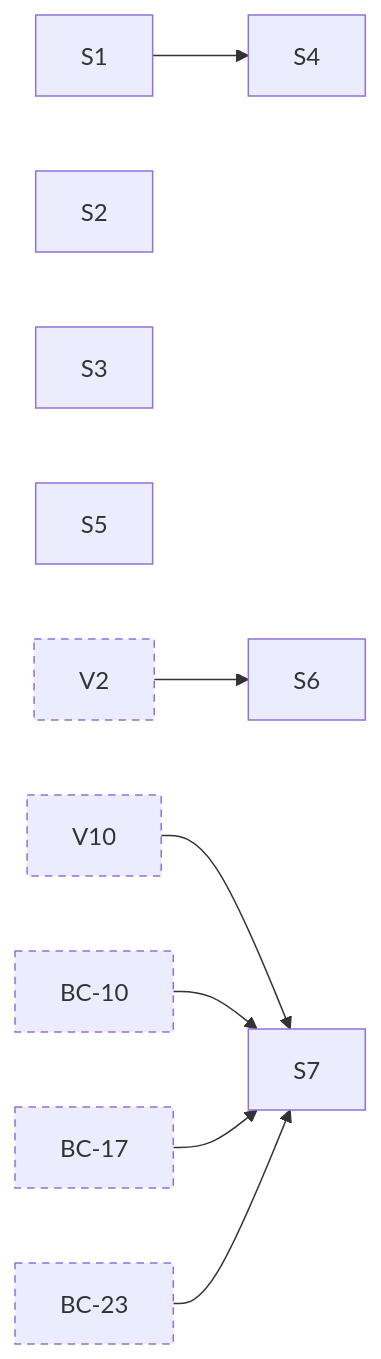
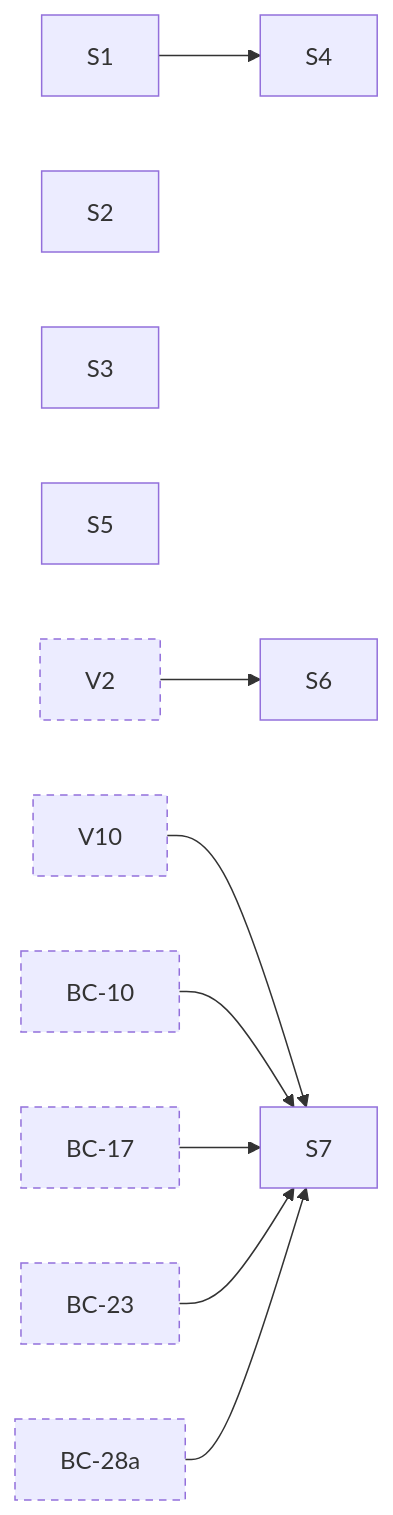
The second of 10 diagrams in docs/superpowers/plans/2026-10-13-phase-2/dependencies.md (jhoblitt/rgw-go), drawn with Mermaid before and after one commit. The commit also changed other lines of this file, not shown here.

First line of the commit message:
docs(plan): regenerate the phase 2 dependency graph for S7's BC-28a prerequisite

````diff
--- a/docs/superpowers/plans/2026-10-13-phase-2/dependencies.md
+++ b/docs/superpowers/plans/2026-10-13-phase-2/dependencies.md
@@ -53,34 +53,37 @@
 ```mermaid
 flowchart LR
   t_S1["S1"]
   t_S2["S2"]
   t_S3["S3"]
   t_S4["S4"]
   t_S5["S5"]
   t_S6["S6"]
   t_S7["S7"]
   t_V2["V2"]:::ext
   t_V10["V10"]:::ext
   t_BC_10["BC-10"]:::ext
   t_BC_17["BC-17"]:::ext
   t_BC_23["BC-23"]:::ext
+  t_BC_28a["BC-28a"]:::ext
   t_S1 --> t_S4
   t_V2 --> t_S6
   t_V10 --> t_S7
   t_BC_10 --> t_S7
   t_BC_17 --> t_S7
   t_BC_23 --> t_S7
+  t_BC_28a --> t_S7
   click t_S1 href "https://github.com/jhoblitt/rgw-go/blob/main/docs/superpowers/plans/2026-10-13-phase-2/00-index.md#task-s1-fakeradoss-rgw-class-as-method-tables" "S1: fakerados's rgw class as method tables"
   click t_S2 href "https://github.com/jhoblitt/rgw-go/blob/main/docs/superpowers/plans/2026-10-13-phase-2/00-index.md#task-s2-route-sets-per-feature-and-the-env-slots" "S2: route sets per feature and the Env slots"
   click t_S3 href "https://github.com/jhoblitt/rgw-go/blob/main/docs/superpowers/plans/2026-10-13-phase-2/00-index.md#task-s3-one-aws-correct-ispublic" "S3: one AWS-correct IsPublic"
   click t_S4 href "https://github.com/jhoblitt/rgw-go/blob/main/docs/superpowers/plans/2026-10-13-phase-2/00-index.md#task-s4-fakerados-refuses-an-unregistered-class-method-at-op-setup" "S4: fakerados refuses an unregistered class method at op setup"
   click t_S5 href "https://github.com/jhoblitt/rgw-go/blob/main/docs/superpowers/plans/2026-10-13-phase-2/00-index.md#task-s5-ignorepublicacls-ignores-swifts-public-container-grants" "S5: IgnorePublicAcls ignores Swift's public container grants"
   click t_S6 href "https://github.com/jhoblitt/rgw-go/blob/main/docs/superpowers/plans/2026-10-13-phase-2/00-index.md#task-s6-one-choose_from" "S6: one choose_from"
   click t_S7 href "https://github.com/jhoblitt/rgw-go/blob/main/docs/superpowers/plans/2026-10-13-phase-2/00-index.md#task-s7-one-schema-scanner-for-s3-xml-request-bodies" "S7: one schema scanner for S3 XML request bodies"
   click t_V2 href "https://github.com/jhoblitt/rgw-go/blob/main/docs/superpowers/plans/2026-10-13-phase-2/V-versioning.md#task-v2-meta-olh-head-types-and-bucket-helpers" "V2: meta OLH head types and bucket helpers"
   click t_V10 href "https://github.com/jhoblitt/rgw-go/blob/main/docs/superpowers/plans/2026-10-13-phase-2/V-versioning.md#task-v10-op-and-s3-putbucketversioning-and-getbucketversioning" "V10: op and s3, PutBucketVersioning and GetBucketVersioning"
   click t_BC_10 href "https://github.com/jhoblitt/rgw-go/blob/main/docs/superpowers/plans/2026-10-13-phase-2/B-bucket-config.md#task-bc-10-website-semantics-and-xml" "BC-10: Website semantics and XML"
   click t_BC_17 href "https://github.com/jhoblitt/rgw-go/blob/main/docs/superpowers/plans/2026-10-13-phase-2/B-bucket-config.md#task-bc-17-block-xml" "BC-17: Block XML"
   click t_BC_23 href "https://github.com/jhoblitt/rgw-go/blob/main/docs/superpowers/plans/2026-10-13-phase-2/B-bucket-config.md#task-bc-23-encryption-configuration-type" "BC-23: Encryption configuration type"
+  click t_BC_28a href "https://github.com/jhoblitt/rgw-go/blob/main/docs/superpowers/plans/2026-10-13-phase-2/B-bucket-config.md#task-bc-28a-ownership-type" "BC-28a: Ownership type"
   classDef ext stroke-dasharray: 5 4
 ```
````
